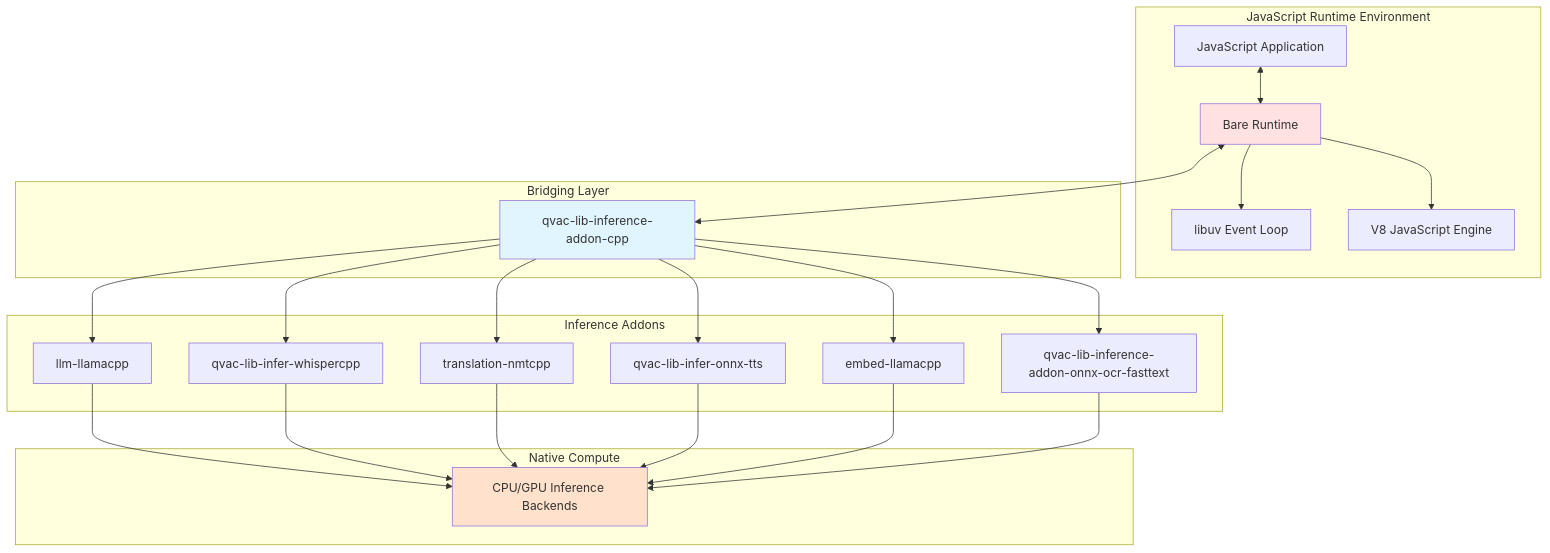
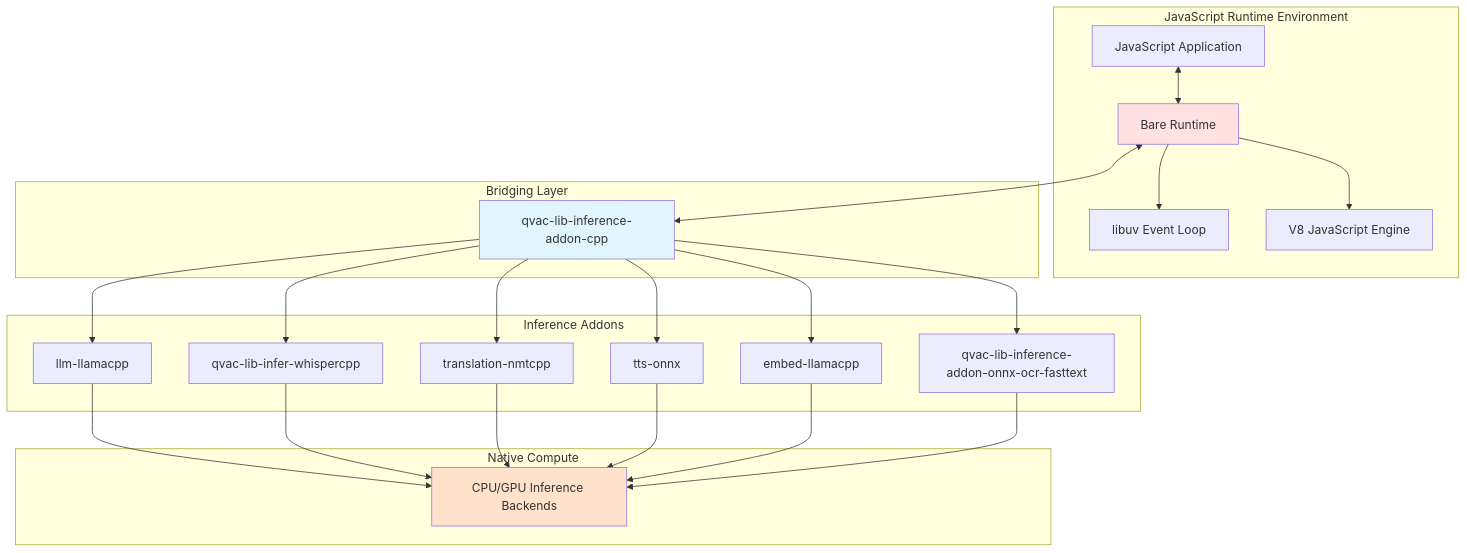
One commit to tetherto/qvac changed the first of 3 diagrams in packages/qvac-lib-inference-addon-cpp/docs/architecture.md. Above: the diagram before and after it, drawn with Mermaid. The commit also changed other lines of this file and 219 other files, not shown here.

Commit message:
chore: align folder for tts-onnx with pkgname

````diff
--- a/packages/qvac-lib-inference-addon-cpp/docs/architecture.md
+++ b/packages/qvac-lib-inference-addon-cpp/docs/architecture.md
@@ -86,50 +86,50 @@
 ```mermaid
 graph TB
     subgraph "JavaScript Runtime Environment"
         APP[JavaScript Application]
         BARE[Bare Runtime]
         LIBUV[libuv Event Loop]
         V8[V8 JavaScript Engine]
         
         APP <--> BARE
         BARE --> LIBUV
         BARE --> V8
     end
     
     subgraph "Bridging Layer"
         ADDON_CPP[qvac-lib-inference-addon-cpp]
     end
     
     subgraph "Inference Addons"
         LLAMA[llm-llamacpp]
         WHISPER[qvac-lib-infer-whispercpp]
         NMT[translation-nmtcpp]
-        TTS[qvac-lib-infer-onnx-tts]
+        TTS[tts-onnx]
         EMBED[embed-llamacpp]
         OCR[qvac-lib-inference-addon-onnx-ocr-fasttext]
     end
     
     subgraph "Native Compute"
         CPU_GPU[CPU/GPU Inference Backends]
     end
     
     BARE <--> ADDON_CPP
     
     ADDON_CPP --> LLAMA
     ADDON_CPP --> WHISPER
     ADDON_CPP --> NMT
     ADDON_CPP --> TTS
     ADDON_CPP --> EMBED
     ADDON_CPP --> OCR
     
     LLAMA --> CPU_GPU
     WHISPER --> CPU_GPU
     NMT --> CPU_GPU
     TTS --> CPU_GPU
     EMBED --> CPU_GPU
     OCR --> CPU_GPU
     
     style ADDON_CPP fill:#e1f5ff
     style BARE fill:#ffe1e1
     style CPU_GPU fill:#ffe1cc
 ```
````
